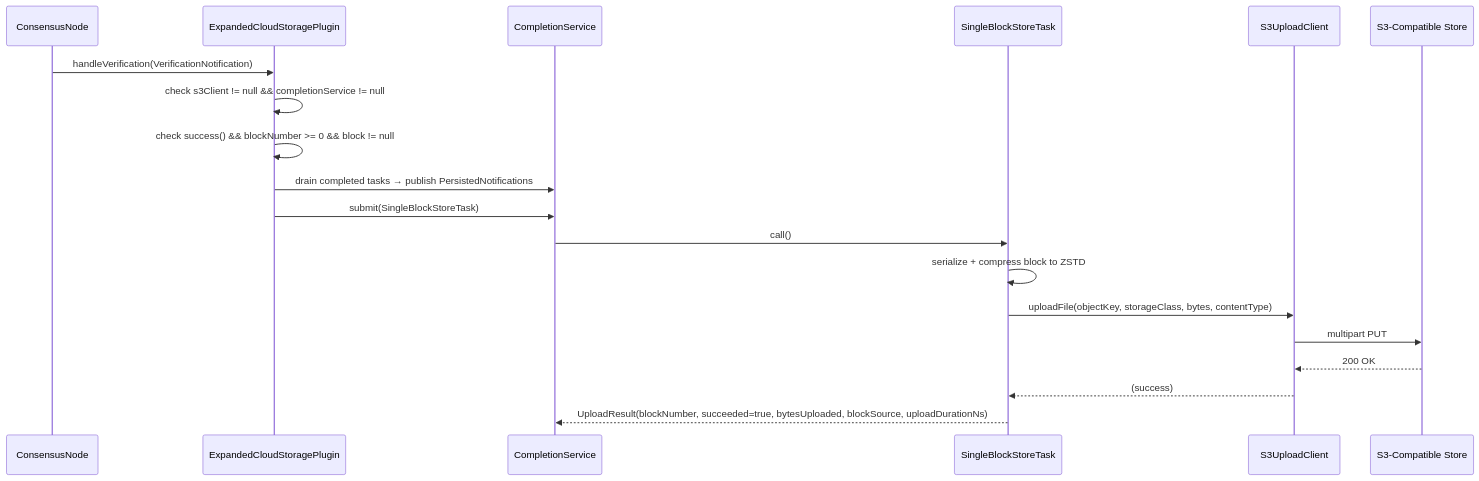
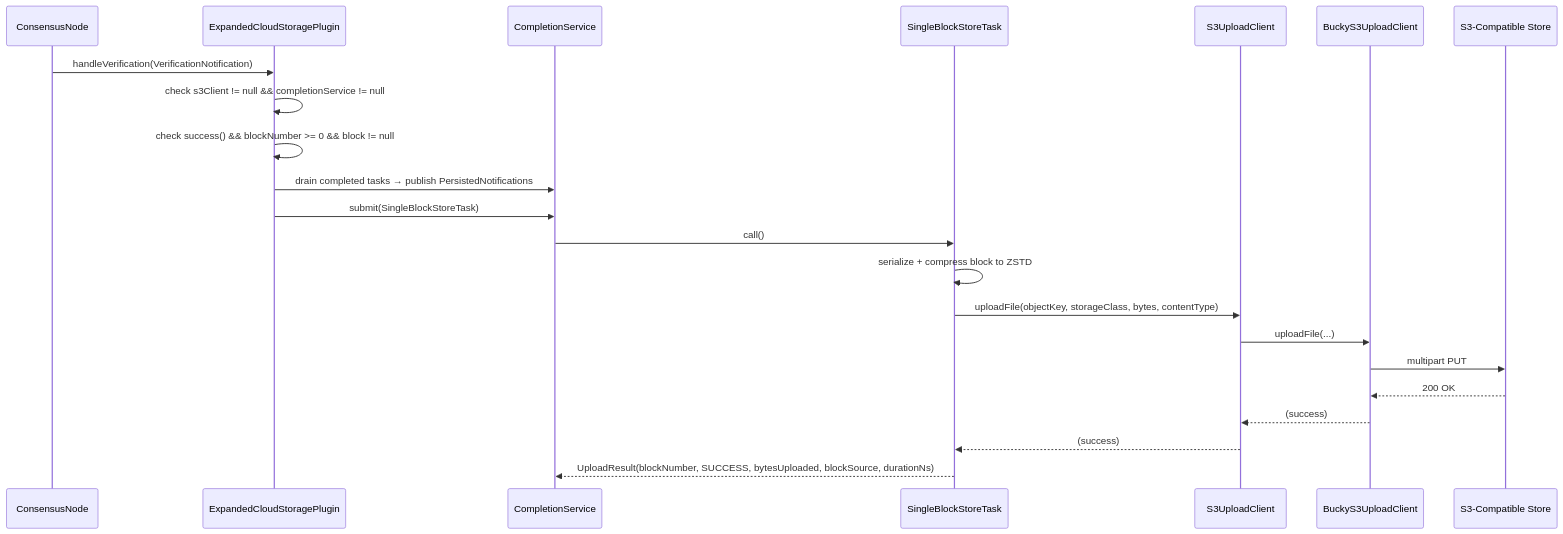
The first of 2 diagrams in docs/design/persistence/cloud-expanded.md (hiero-ledger/hiero-block-node), drawn with Mermaid before and after one commit. The commit also changed other lines of this file and 1 other file, not shown here.

````diff
--- a/docs/design/persistence/cloud-expanded.md
+++ b/docs/design/persistence/cloud-expanded.md
@@ -215,22 +256,25 @@
 ```mermaid
 sequenceDiagram
     participant CN as ConsensusNode
     participant ECS as ExpandedCloudStoragePlugin
     participant CS as CompletionService
     participant Task as SingleBlockStoreTask
     participant S3 as S3UploadClient
+    participant Bucky as BuckyS3UploadClient
     participant Store as S3-Compatible Store
 
     CN->>ECS: handleVerification(VerificationNotification)
     ECS->>ECS: check s3Client != null && completionService != null
     ECS->>ECS: check success() && blockNumber >= 0 && block != null
     ECS->>CS: drain completed tasks → publish PersistedNotifications
     ECS->>CS: submit(SingleBlockStoreTask)
     CS->>Task: call()
     Task->>Task: serialize + compress block to ZSTD
     Task->>S3: uploadFile(objectKey, storageClass, bytes, contentType)
-    S3->>Store: multipart PUT
-    Store-->>S3: 200 OK
+    S3->>Bucky: uploadFile(...)
+    Bucky->>Store: multipart PUT
+    Store-->>Bucky: 200 OK
+    Bucky-->>S3: (success)
     S3-->>Task: (success)
-    Task-->>CS: UploadResult(blockNumber, succeeded=true, bytesUploaded, blockSource, uploadDurationNs)
+    Task-->>CS: UploadResult(blockNumber, SUCCESS, bytesUploaded, blockSource, durationNs)
 ```
````
